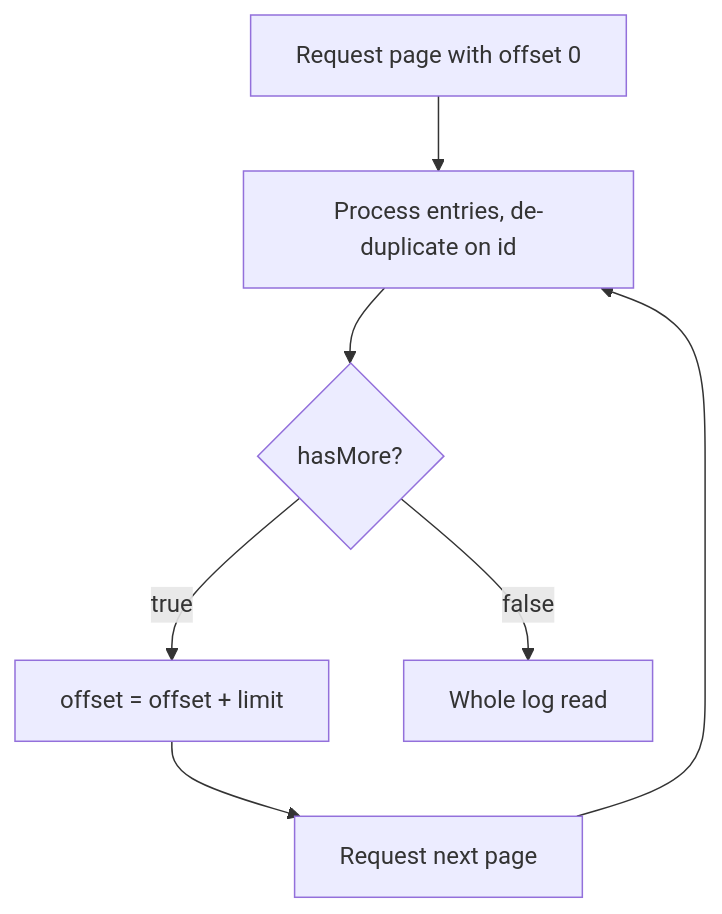
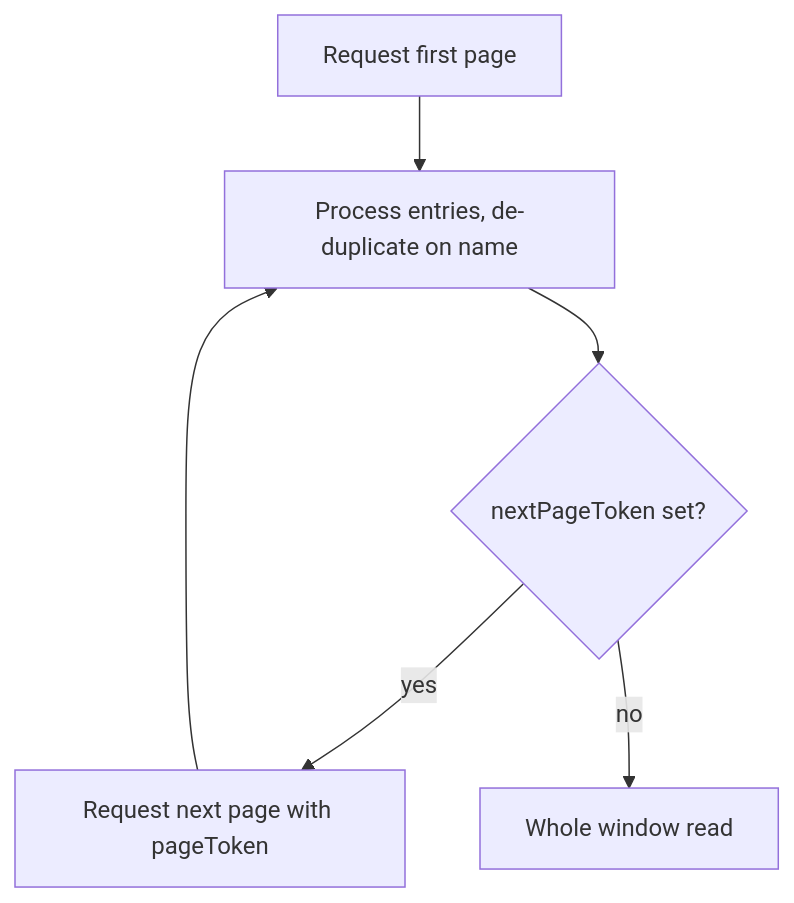
One commit to origincloudhq/docs changed the second of 2 diagrams in docs/iam/audit-log.md. Above: the diagram before and after it, drawn with Mermaid. The commit also changed other lines of this file and 100 other files, not shown here.

````diff
--- a/docs/iam/audit-log.md
+++ b/docs/iam/audit-log.md
@@ -146,11 +173,10 @@
 ```mermaid
 flowchart TD
   accTitle: Reading the audit log page by page
-  accDescr: Request a page at offset 0. Process the entries, de-duplicating on id. If hasMore is true, add limit to offset and request the next page; otherwise you have read the whole log.
-  start[Request page with offset 0] --> proc[Process entries, de-duplicate on id]
-  proc --> more{hasMore?}
-  more -->|true| next[offset = offset + limit]
-  next --> req[Request next page]
+  accDescr: Request a first page. Process the entries, de-duplicating on name. If nextPageToken is not empty, request the next page with it; otherwise you have read the whole window.
+  start[Request first page] --> proc[Process entries, de-duplicate on name]
+  proc --> more{nextPageToken set?}
+  more -->|yes| req[Request next page with pageToken]
   req --> proc
-  more -->|false| done[Whole log read]
+  more -->|no| done[Whole window read]
 ```
````
